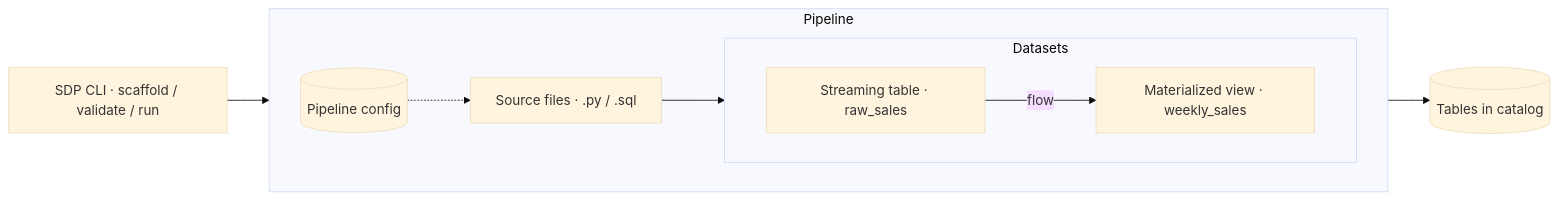
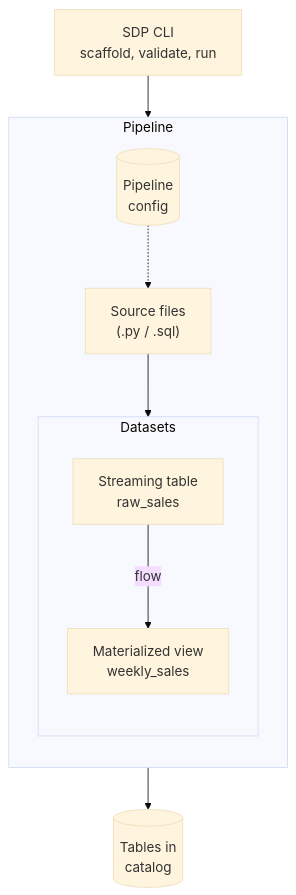
The second of 2 diagrams in content/writing/from-rdds-to-sdp.mdx (bijilsubhash/bijilsubhash-io), drawn with Mermaid (base theme) before and after one commit. The commit also changed other lines of this file and 23 other files, not shown here.

First line of the commit message:
Ban em dash and middle dot repo-wide; revert SDP diagram to vertical

````diff
--- a/content/writing/from-rdds-to-sdp.mdx
+++ b/content/writing/from-rdds-to-sdp.mdx
@@ -122,16 +122,16 @@
 ```mermaid caption="An end-to-end Spark Declarative Pipeline"
-flowchart LR
-    CLI[SDP CLI · scaffold / validate / run] --> PIPE
+flowchart TD
+    CLI["SDP CLI<br/>scaffold, validate, run"] --> PIPE
     subgraph PIPE[Pipeline]
-        direction LR
-        CFG[(Pipeline config)] -.-> SRC
-        SRC[Source files · .py / .sql] --> RS
+        direction TB
+        CFG[("Pipeline<br/>config")] -.-> SRC
+        SRC["Source files<br/>(.py / .sql)"] --> RS
         subgraph DS[Datasets]
-            direction LR
-            RS[Streaming table · raw_sales]
-            WS[Materialized view · weekly_sales]
+            direction TB
+            RS["Streaming table<br/>raw_sales"]
+            WS["Materialized view<br/>weekly_sales"]
         end
         RS -->|flow| WS
     end
-    PIPE --> OUT[(Tables in catalog)]
+    PIPE --> OUT[("Tables in<br/>catalog")]
 ```
````
